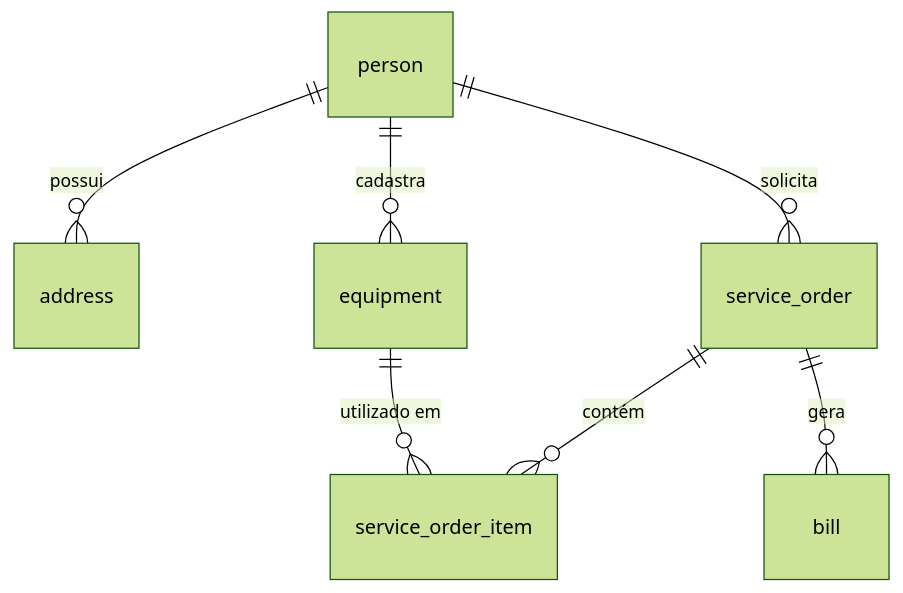
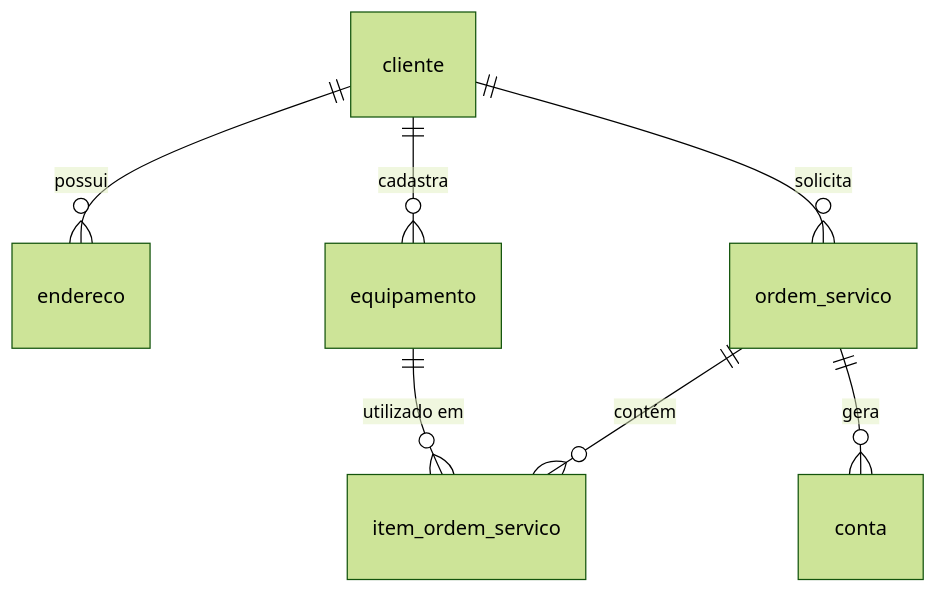
Before and after one commit to quirinof/techfix-backend: the second of 2 diagrams in docs/doc-modelos.md, drawn with Mermaid (forest theme). The commit also changed other lines of this file, not shown here.

````diff
--- a/docs/doc-modelos.md
+++ b/docs/doc-modelos.md
@@ -67,9 +95,9 @@
 ```mermaid
 erDiagram
-    service_order ||--o{ service_order_item : "contém"
-    equipment ||--o{ service_order_item : "utilizado em"
-    person ||--o{ address : "possui"
-    person ||--o{ equipment : "cadastra"
-    person ||--o{ service_order : "solicita"
-    service_order ||--o{ bill : "gera"
+    ordem_servico ||--o{ item_ordem_servico : "contém"
+    equipamento ||--o{ item_ordem_servico : "utilizado em"
+    cliente ||--o{ endereco : "possui"
+    cliente ||--o{ equipamento : "cadastra"
+    cliente ||--o{ ordem_servico : "solicita"
+    ordem_servico ||--o{ conta : "gera"
 ```
````
